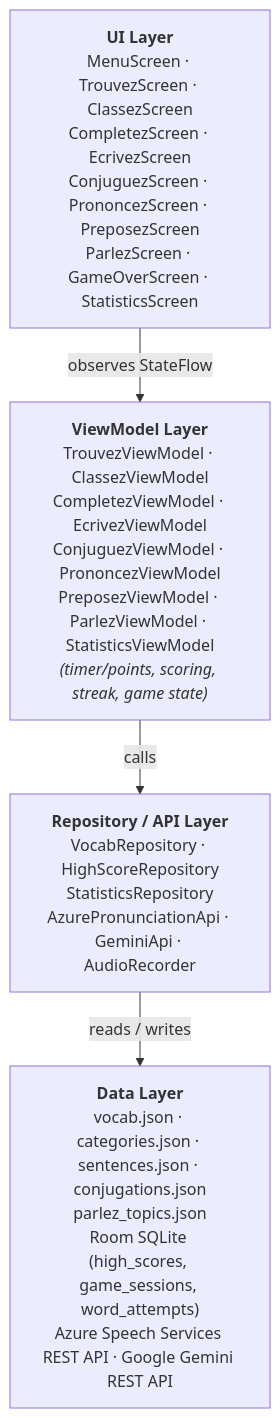
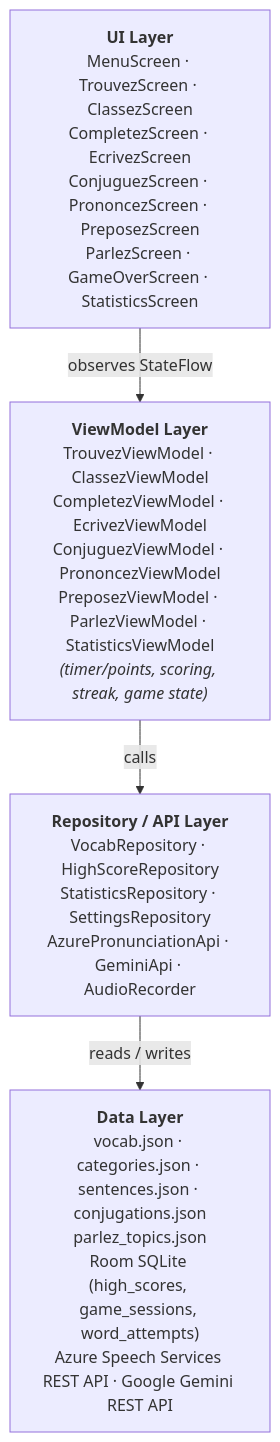
One commit to florianow/hubert changed the diagram in README.md. Above: the diagram before and after it, drawn with Mermaid. The commit also changed other lines of this file, not shown here.

````diff
--- a/README.md
+++ b/README.md
@@ -369,11 +372,11 @@
 ```mermaid
 graph TD
     UI["<b>UI Layer</b><br/>MenuScreen · TrouvezScreen · ClassezScreen<br/>CompletezScreen · EcrivezScreen<br/>ConjuguezScreen · PrononcezScreen · PreposezScreen<br/>ParlezScreen · GameOverScreen · StatisticsScreen"]
     VM["<b>ViewModel Layer</b><br/>TrouvezViewModel · ClassezViewModel<br/>CompletezViewModel · EcrivezViewModel<br/>ConjuguezViewModel · PrononcezViewModel<br/>PreposezViewModel · ParlezViewModel · StatisticsViewModel<br/><i>(timer/points, scoring, streak, game state)</i>"]
-    REPO["<b>Repository / API Layer</b><br/>VocabRepository · HighScoreRepository<br/>StatisticsRepository<br/>AzurePronunciationApi · GeminiApi · AudioRecorder"]
+    REPO["<b>Repository / API Layer</b><br/>VocabRepository · HighScoreRepository<br/>StatisticsRepository · SettingsRepository<br/>AzurePronunciationApi · GeminiApi · AudioRecorder"]
     DATA["<b>Data Layer</b><br/>vocab.json · categories.json · sentences.json · conjugations.json<br/>parlez_topics.json<br/>Room SQLite (high_scores, game_sessions, word_attempts)<br/>Azure Speech Services REST API · Google Gemini REST API"]
 
     UI -- "observes StateFlow" --> VM
     VM -- "calls" --> REPO
     REPO -- "reads / writes" --> DATA
 ```
````
